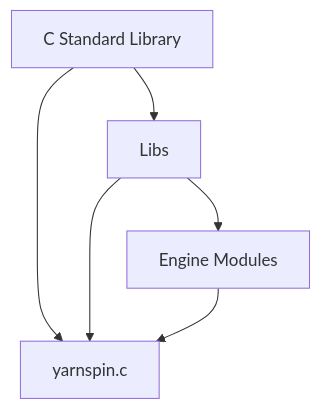
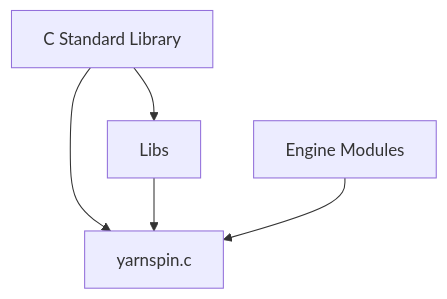
Before and after one commit to aganm/yarnspin: the diagram in docs/programmer.md, drawn with Mermaid.

````diff
--- a/docs/programmer.md
+++ b/docs/programmer.md
@@ -147,8 +147,7 @@
 ```mermaid
  graph TD;
     B[C Standard Library] --> C[Libs];
-    C[Libs] --> D[Engine Modules];
     B[C Standard Library] --> E[yarnspin.c];
     C[Libs] --> E[yarnspin.c];
     D[Engine Modules] --> E[yarnspin.c];
 ```
````
